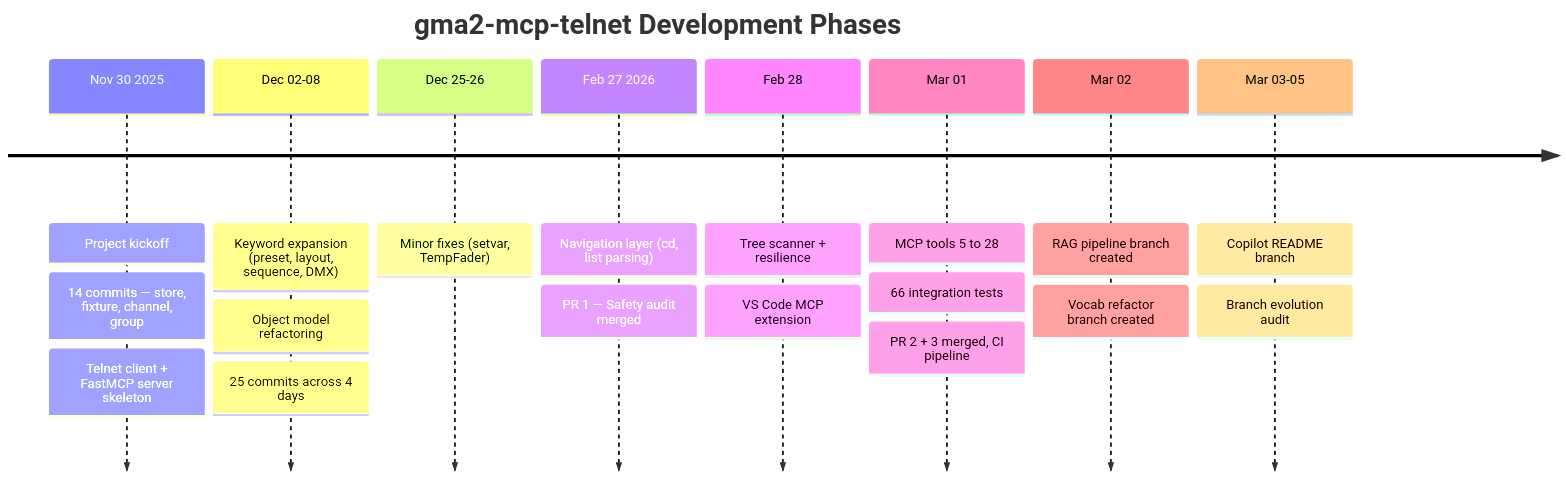
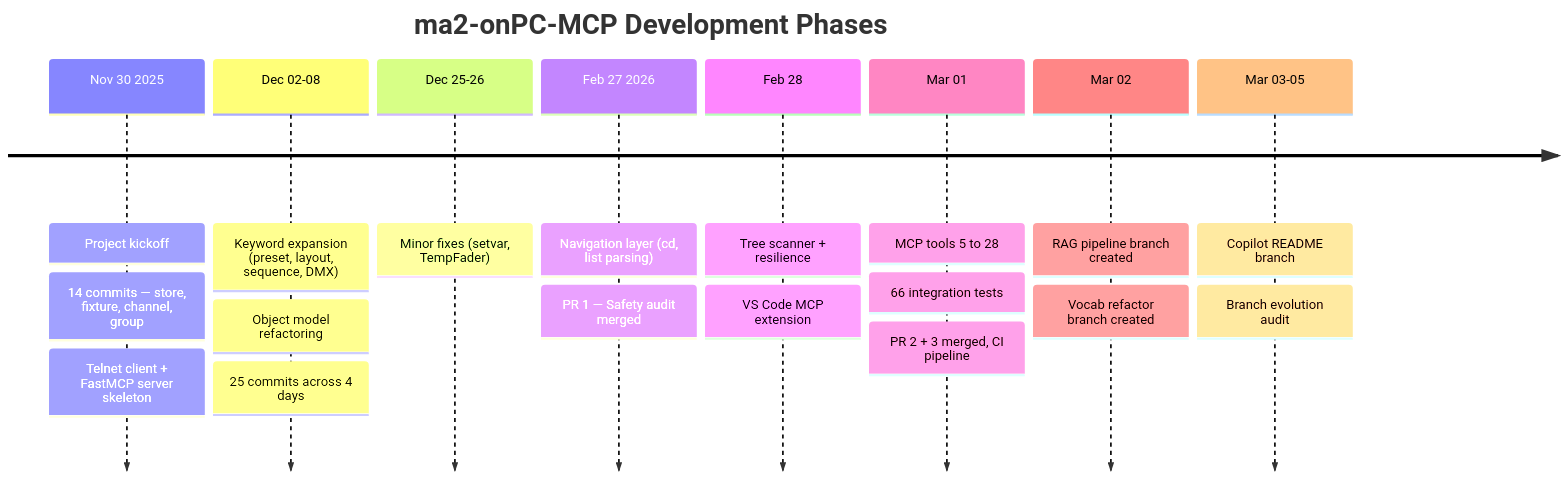
Before and after one commit to thisis-romar/gma2-mcp-telnet: the third of 3 diagrams in doc/branch-evolution-audit.md, drawn with Mermaid. The commit also changed other lines of this file and 5 other files, not shown here.

````diff
--- a/doc/branch-evolution-audit.md
+++ b/doc/branch-evolution-audit.md
@@ -146,22 +146,22 @@
 ```mermaid
 timeline
-    title gma2-mcp-telnet Development Phases
+    title ma2-onPC-MCP Development Phases
     Nov 30 2025 : Project kickoff
                 : 14 commits — store, fixture, channel, group
                 : Telnet client + FastMCP server skeleton
     Dec 02-08   : Keyword expansion (preset, layout, sequence, DMX)
                 : Object model refactoring
                 : 25 commits across 4 days
     Dec 25-26   : Minor fixes (setvar, TempFader)
     Feb 27 2026 : Navigation layer (cd, list parsing)
                 : PR 1 — Safety audit merged
     Feb 28      : Tree scanner + resilience
                 : VS Code MCP extension
     Mar 01      : MCP tools 5 to 28
                 : 66 integration tests
                 : PR 2 + 3 merged, CI pipeline
     Mar 02      : RAG pipeline branch created
                 : Vocab refactor branch created
     Mar 03-05   : Copilot README branch
                 : Branch evolution audit
 ```
````
